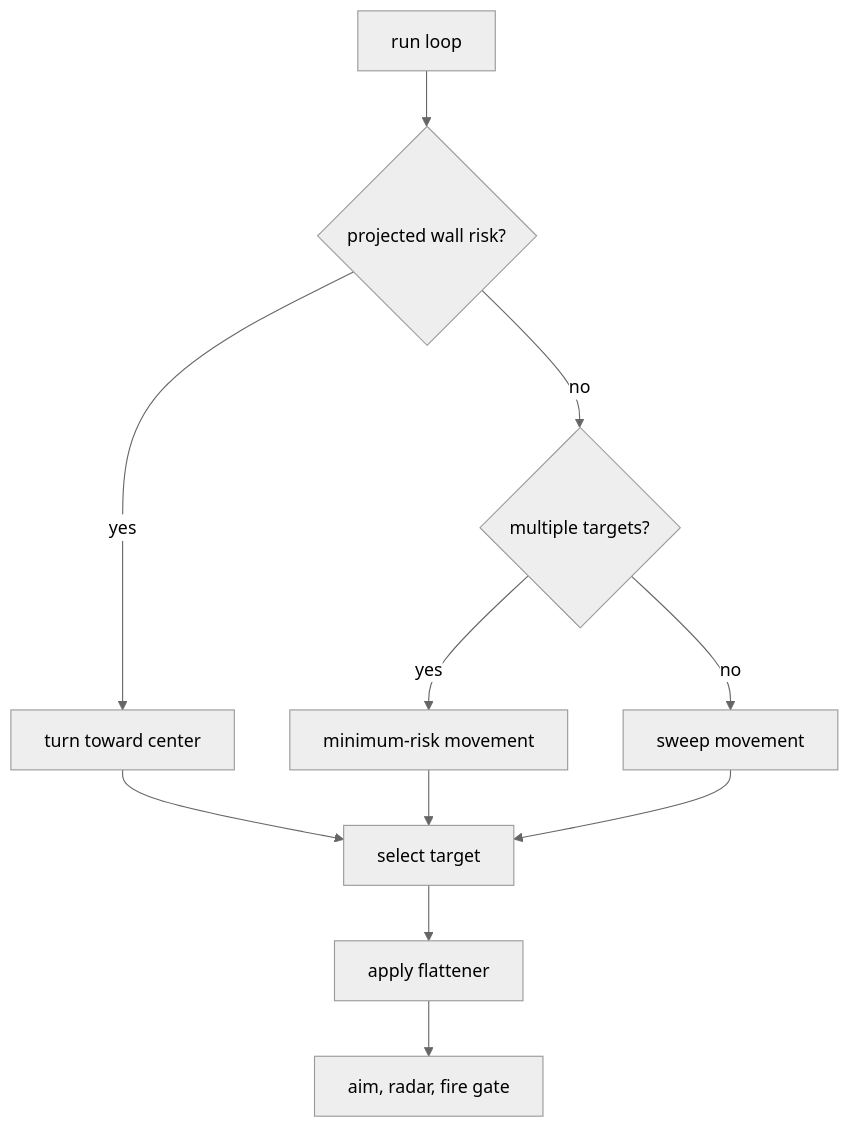
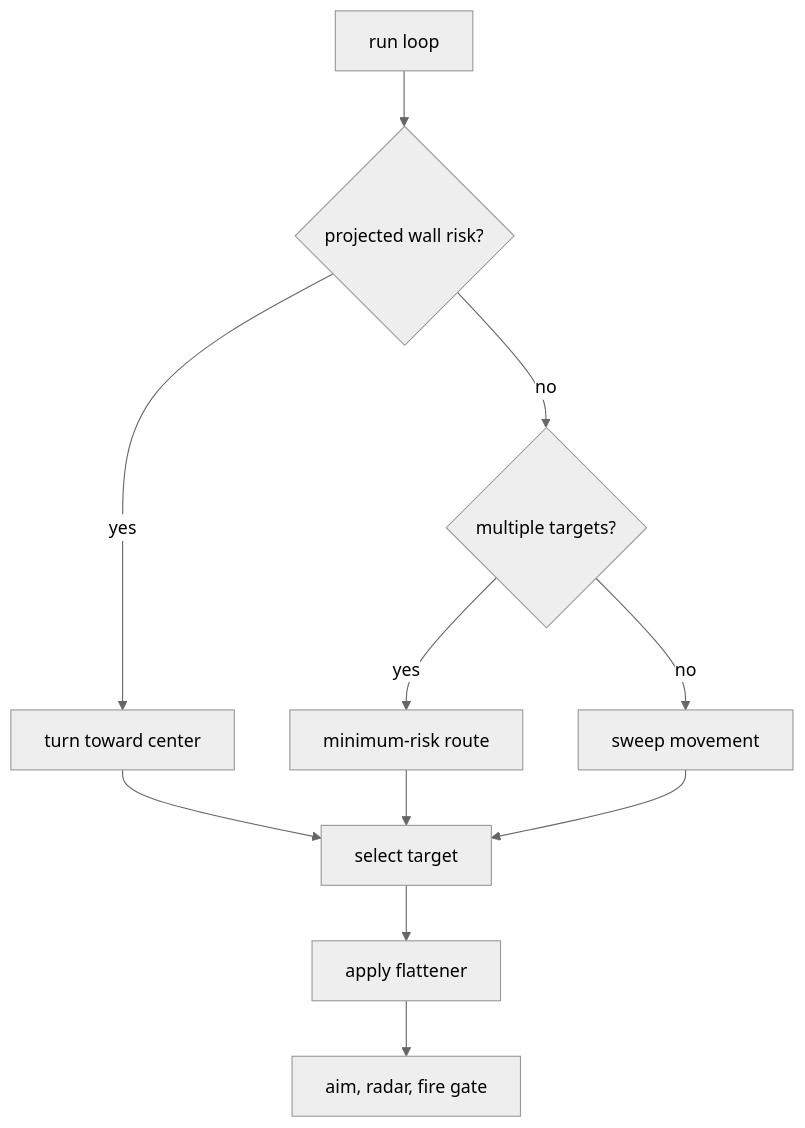
The diagram in bots/sweep-pressure/README.md (fduch-stranger/robocode-bot), drawn with Mermaid (neutral theme) before and after one commit. The commit also changed other lines of this file and 25 other files, not shown here.

````diff
--- a/bots/sweep-pressure/README.md
+++ b/bots/sweep-pressure/README.md
@@ -25,13 +16,13 @@
 ```mermaid
 flowchart TD
     A["run loop"] --> B{"projected wall risk?"}
     B -- "yes" --> C["turn toward center"]
     B -- "no" --> D{"multiple targets?"}
-    D -- "yes" --> E["minimum-risk movement"]
+    D -- "yes" --> E["minimum-risk route"]
     D -- "no" --> F["sweep movement"]
     C --> G["select target"]
     E --> G
     F --> G
     G --> H["apply flattener"]
     H --> I["aim, radar, fire gate"]
 ```
````
